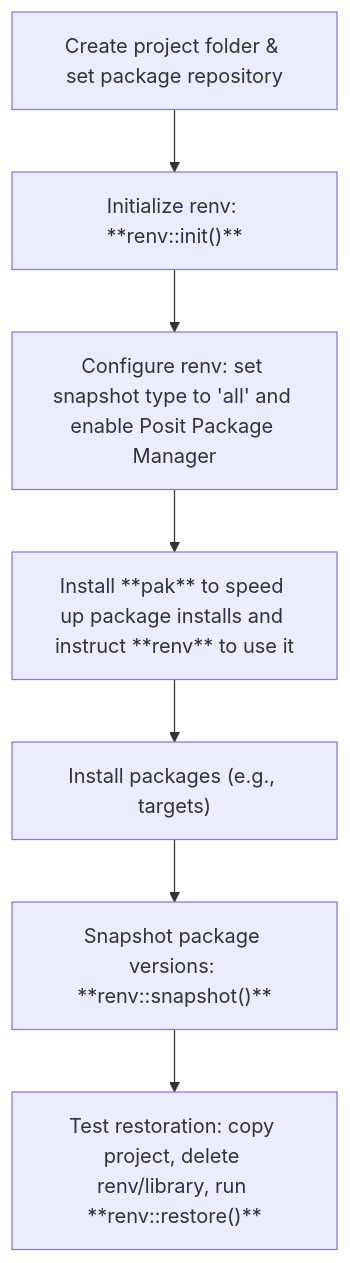
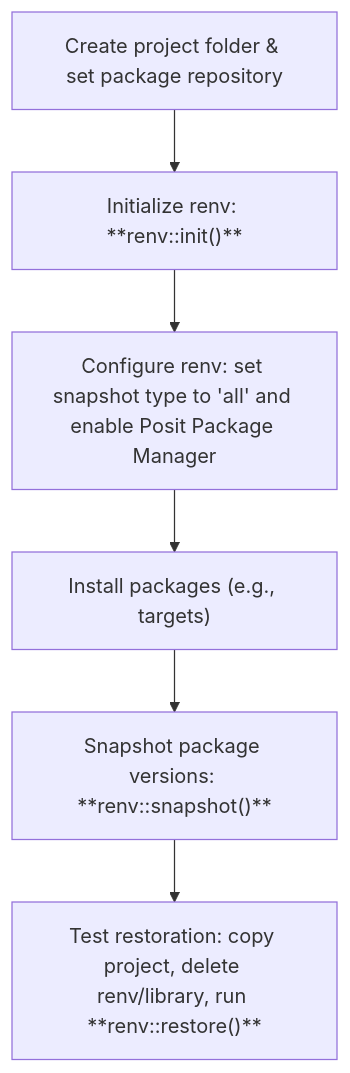
The diagram in 1-r-packages.qmd (e-kotov/2025-mpidr-open-science-reproducible-workflows), drawn with Mermaid before and after one commit. The commit also changed other lines of this file, not shown here.

Commit message:
remove pak

````diff
--- a/1-r-packages.qmd
+++ b/1-r-packages.qmd
@@ -61,20 +64,18 @@
 ```{mermaid}
 %%| label: fig-tutorial-overiew
 %%| fig-cap: "Tutorial steps overview"
 %%| eval: true
 flowchart TD
     A["Create project folder & set package repository"] --> B["Initialize renv: **renv::init()**"]
     B --> C["Configure renv: set snapshot type to 'all' and enable Posit Package Manager"]
-    C --> D["Install **pak** to speed up package installs and instruct **renv** to use it"]
-    D --> E["Install packages (e.g., targets)"]
-    E --> F["Snapshot package versions: **renv::snapshot()**"]
-    F --> G["Test restoration: copy project, delete renv/library, run **renv::restore()**"]
+    C --> D["Install packages (e.g., targets)"]
+    D --> E["Snapshot package versions: **renv::snapshot()**"]
+    E --> F["Test restoration: copy project, delete renv/library, run **renv::restore()**"]
 
     click A "#create-project"
     click B "#renv-init"
     click C "#renv-config"
-    click D "#install-pak"
-    click E "#install-packages"
-    click F "#snapshot"
-    click G "#test-restore"
+    click D "#install-packages"
+    click E "#snapshot"
+    click F "#test-restore"
 ```
````
